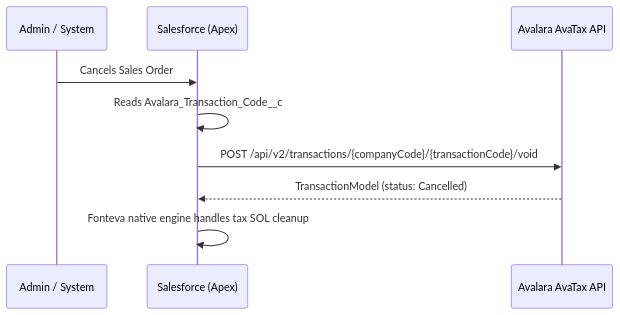
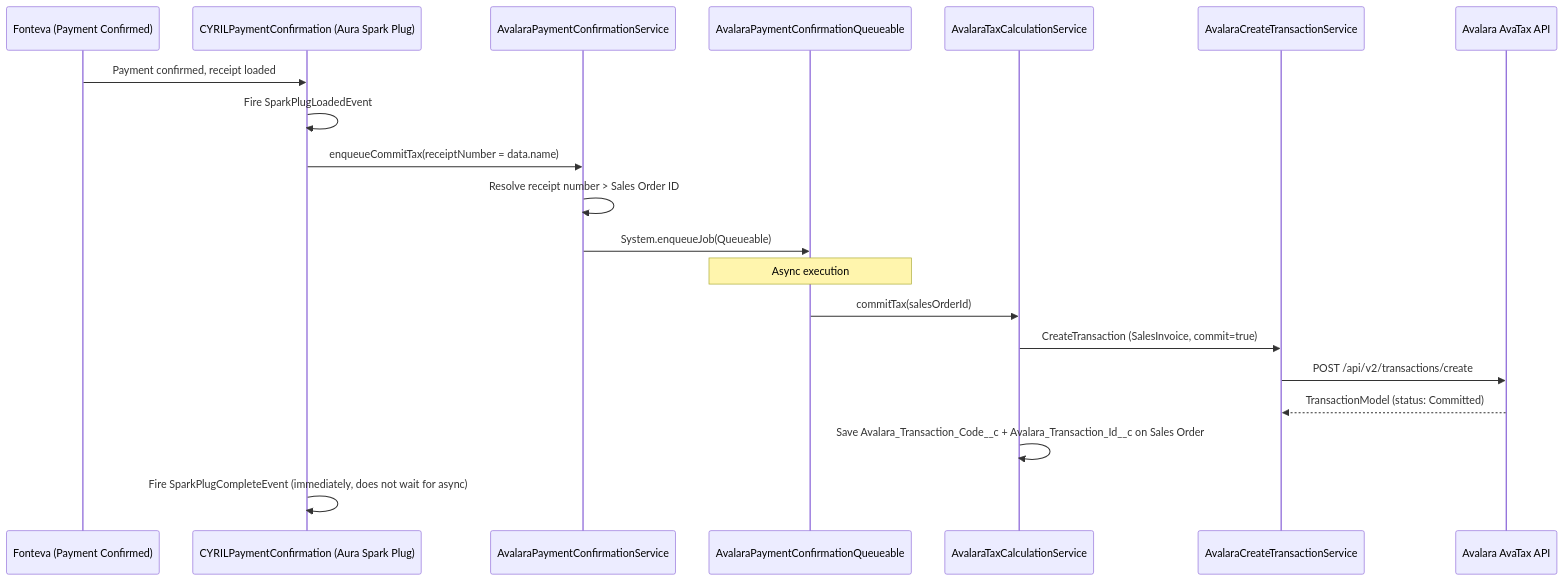
Before and after one commit to OrchidConnectAdmin/TCH_ORCHID: the second of 4 diagrams in Avalara/Analysis/avalara-api-integration-plan.md, drawn with Mermaid. The commit also changed other lines of this file and 32 other files, not shown here.

````diff
--- a/Avalara/Analysis/avalara-api-integration-plan.md
+++ b/Avalara/Analysis/avalara-api-integration-plan.md
@@ -298,14 +181,25 @@
 ```mermaid
 sequenceDiagram
-    participant U as Admin / System
-    participant SF as Salesforce (Apex)
+    participant FN as Fonteva (Payment Confirmed)
+    participant SP as CYRILPaymentConfirmation (Aura Spark Plug)
+    participant PS as AvalaraPaymentConfirmationService
+    participant Q as AvalaraPaymentConfirmationQueueable
+    participant TC as AvalaraTaxCalculationService
+    participant CT as AvalaraCreateTransactionService
     participant AV as Avalara AvaTax API
 
-    U->>SF: Cancels Sales Order
-    SF->>SF: Reads Avalara_Transaction_Code__c
+    FN->>SP: Payment confirmed, receipt loaded
+    SP->>SP: Fire SparkPlugLoadedEvent
+    SP->>PS: enqueueCommitTax(receiptNumber = data.name)
+    PS->>PS: Resolve receipt number > Sales Order ID
+    PS->>Q: System.enqueueJob(Queueable)
 
-    SF->>AV: POST /api/v2/transactions/{companyCode}/{transactionCode}/void
-    AV-->>SF: TransactionModel (status: Cancelled)
+    Note over Q: Async execution
+    Q->>TC: commitTax(salesOrderId)
+    TC->>CT: CreateTransaction (SalesInvoice, commit=true)
+    CT->>AV: POST /api/v2/transactions/create
+    AV-->>CT: TransactionModel (status: Committed)
+    TC->>TC: Save Avalara_Transaction_Code__c + Avalara_Transaction_Id__c on Sales Order
 
-    SF->>SF: Fonteva native engine handles tax SOL cleanup
+    SP->>SP: Fire SparkPlugCompleteEvent (immediately, does not wait for async)
 ```
````
